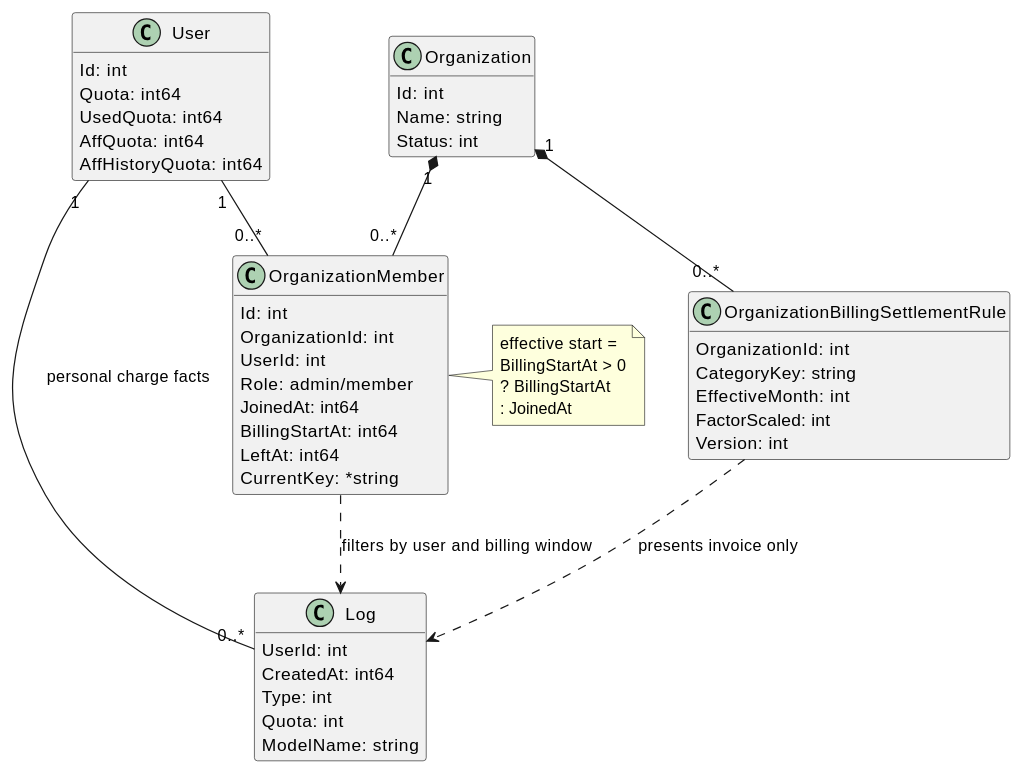
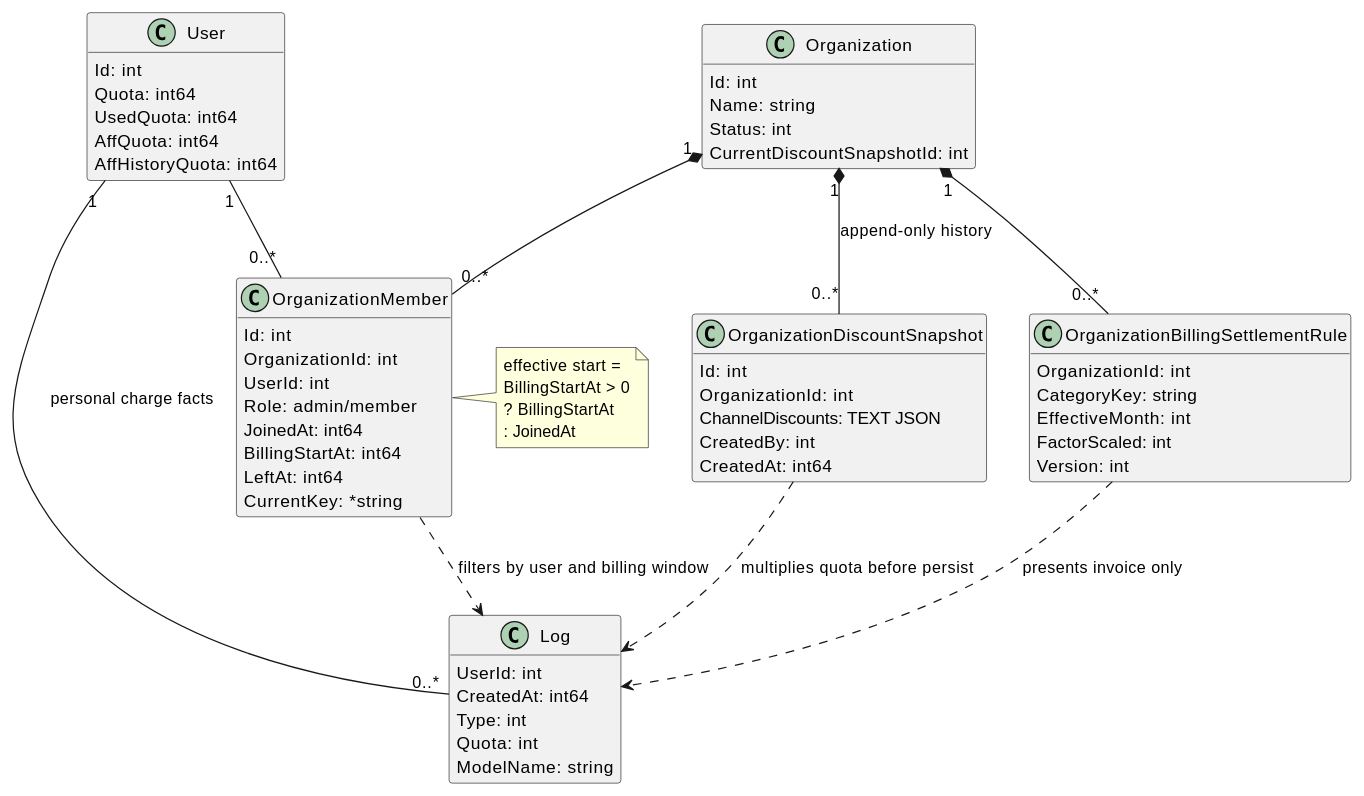
The diagram in docs/20-architecture/数据模型.md (eLightCloud/token-gateway), drawn with PlantUML before and after one commit. The commit also changed other lines of this file and 9 other files, not shown here.

````diff
--- a/docs/20-architecture/数据模型.md
+++ b/docs/20-architecture/数据模型.md
@@ -85,61 +94,72 @@
 ```plantuml
 @startuml
 hide methods
 skinparam classAttributeIconSize 0
 
 class Organization {
   Id: int
   Name: string
   Status: int
+  CurrentDiscountSnapshotId: int
 }
 
 class OrganizationMember {
   Id: int
   OrganizationId: int
   UserId: int
   Role: admin/member
   JoinedAt: int64
   BillingStartAt: int64
   LeftAt: int64
   CurrentKey: *string
 }
 
 class User {
   Id: int
   Quota: int64
   UsedQuota: int64
   AffQuota: int64
   AffHistoryQuota: int64
 }
 
 class Log {
   UserId: int
   CreatedAt: int64
   Type: int
   Quota: int
   ModelName: string
 }
 
 class OrganizationBillingSettlementRule {
   OrganizationId: int
   CategoryKey: string
   EffectiveMonth: int
   FactorScaled: int
   Version: int
 }
 
+class OrganizationDiscountSnapshot {
+  Id: int
+  OrganizationId: int
+  ChannelDiscounts: TEXT JSON
+  CreatedBy: int
+  CreatedAt: int64
+}
+
 Organization "1" *-- "0..*" OrganizationMember
 User "1" -- "0..*" OrganizationMember
 User "1" -- "0..*" Log : personal charge facts
 Organization "1" *-- "0..*" OrganizationBillingSettlementRule
+Organization "1" *-- "0..*" OrganizationDiscountSnapshot : append-only history
 OrganizationMember ..> Log : filters by user and billing window
 OrganizationBillingSettlementRule ..> Log : presents invoice only
+OrganizationDiscountSnapshot ..> Log : multiplies quota before persist
 
 note right of OrganizationMember
 effective start =
 BillingStartAt > 0
 ? BillingStartAt
 : JoinedAt
 end note
 @enduml
 ```
````
